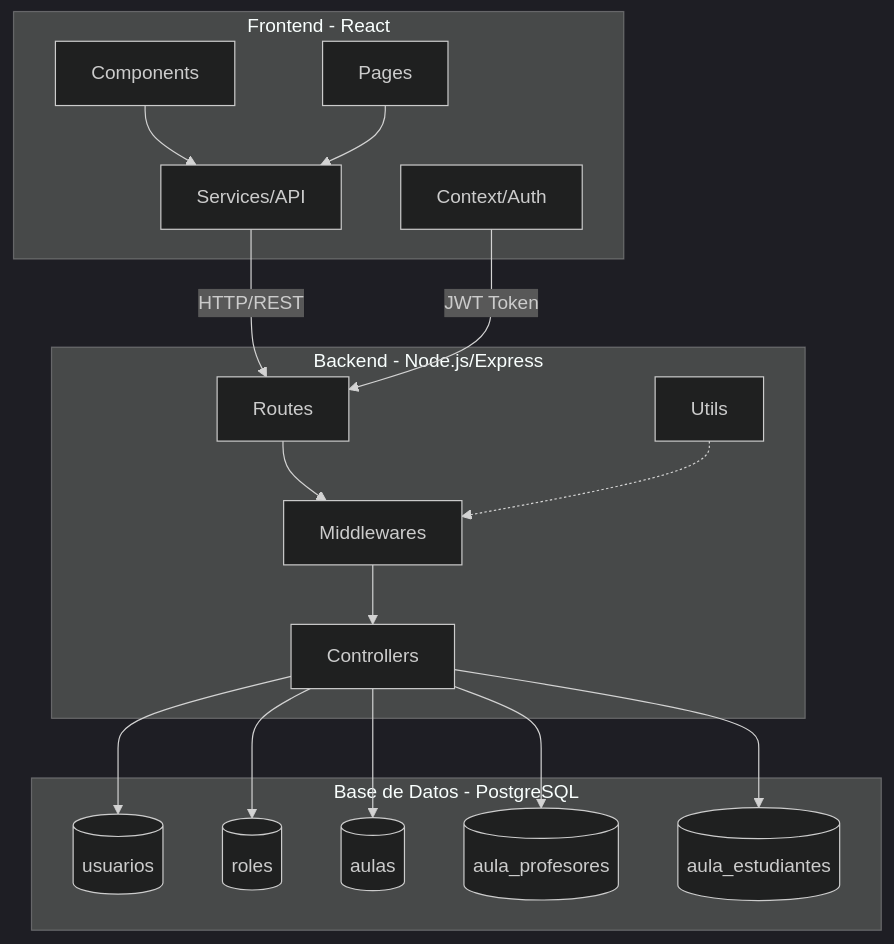
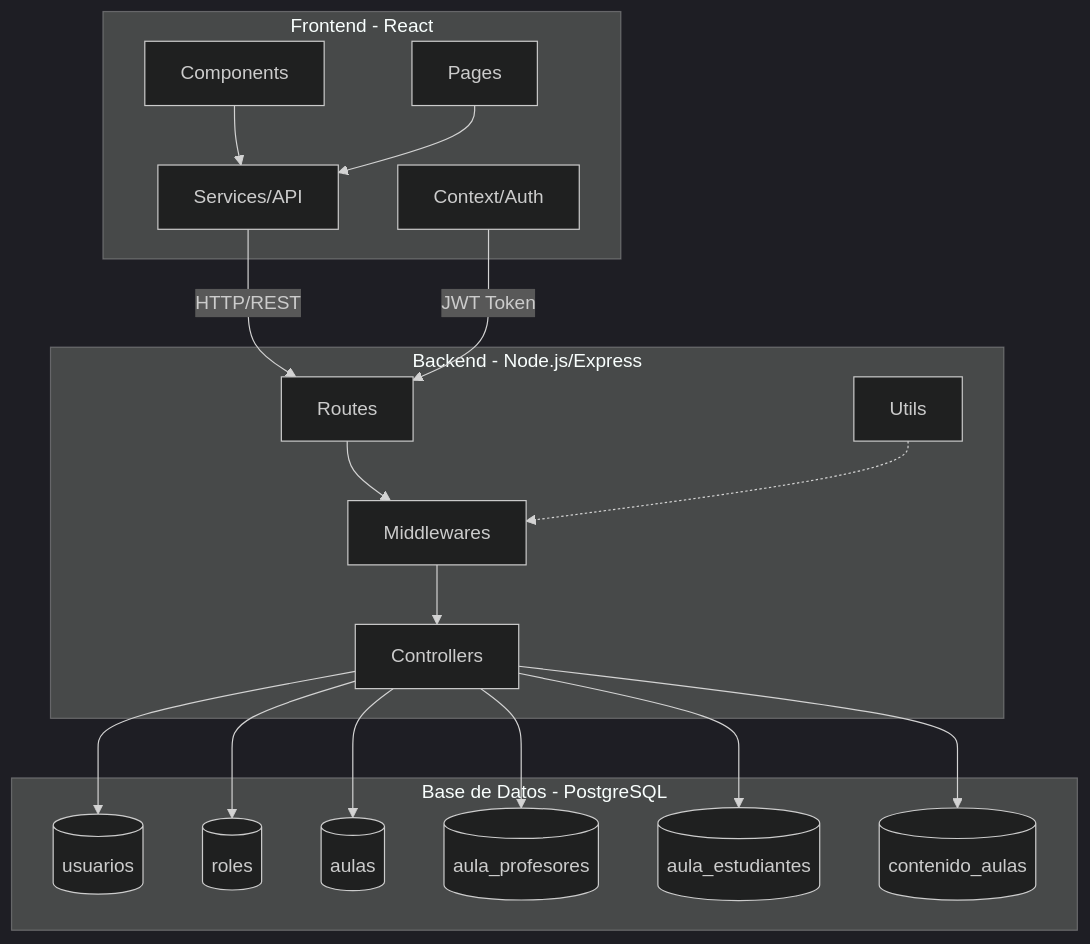
Before and after one commit to NicoMagro/AulaVirtual: the first of 4 diagrams in README.md, drawn with Mermaid (dark theme). The commit also changed other lines of this file and 13 other files, not shown here.

First line of the commit message:
feat: Sistema de gestión de contenido de aulas

````diff
--- a/README.md
+++ b/README.md
@@ -7,37 +7,39 @@
 ```mermaid
 graph TB
     subgraph "Frontend - React"
         A[Components]
         B[Pages]
         C[Services/API]
         D[Context/Auth]
     end
 
     subgraph "Backend - Node.js/Express"
         E[Routes]
         F[Controllers]
         G[Middlewares]
         H[Utils]
     end
 
     subgraph "Base de Datos - PostgreSQL"
         I[(usuarios)]
         J[(roles)]
         K[(aulas)]
         L[(aula_profesores)]
         M[(aula_estudiantes)]
+        N[(contenido_aulas)]
     end
 
     A --> C
     B --> C
     C --> |HTTP/REST| E
     D --> |JWT Token| E
     E --> G
     G --> F
     F --> I
     F --> J
     F --> K
     F --> L
     F --> M
+    F --> N
     H -.-> G
 ```
````
